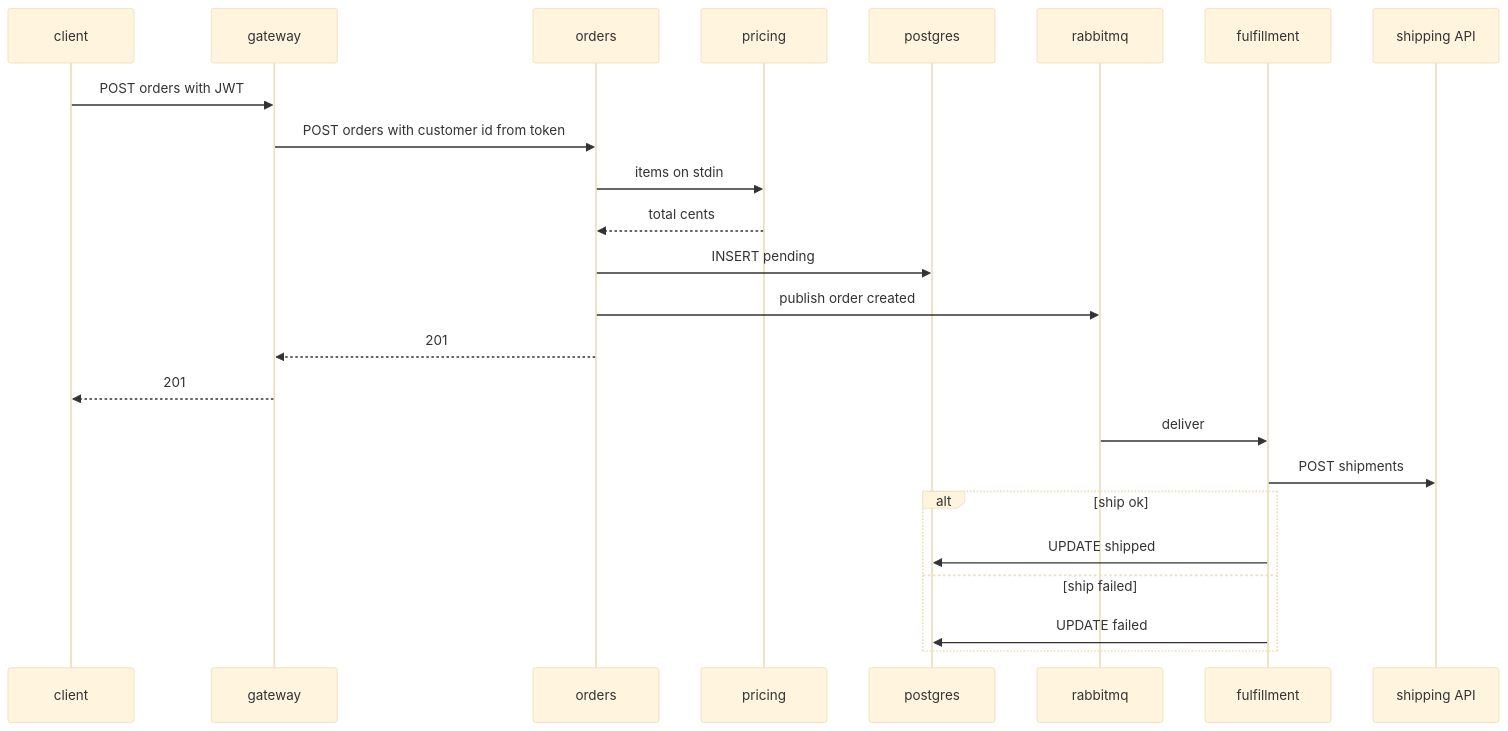
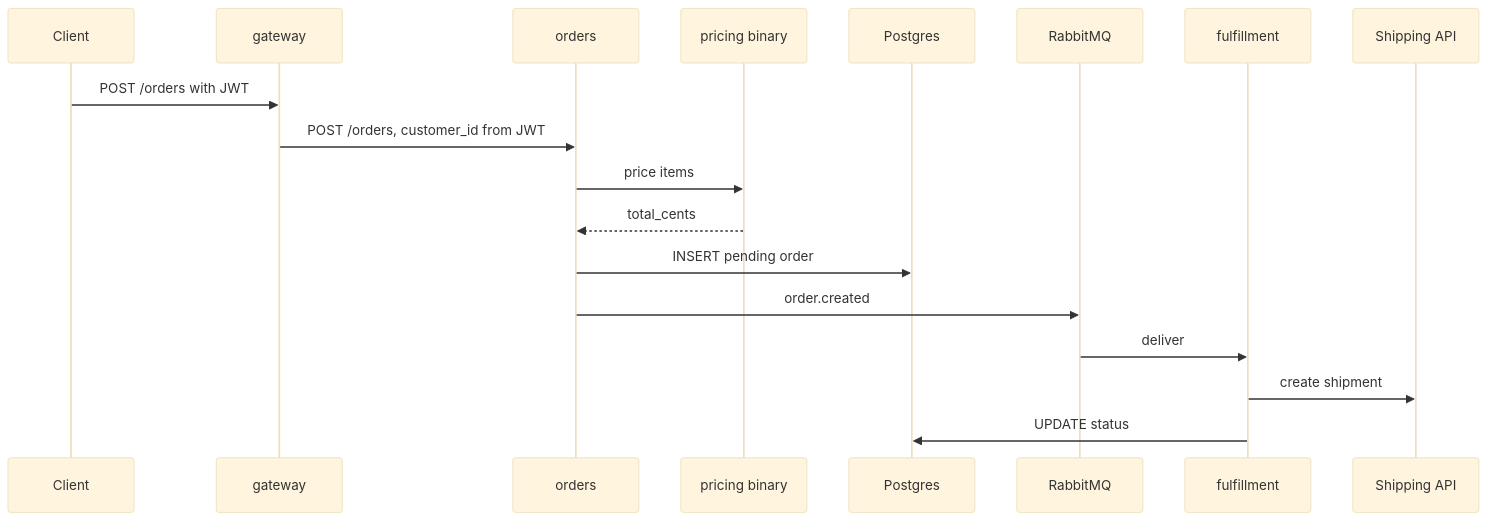
One commit to RndU53r/Code-Knowledge-Builder changed the second of 2 diagrams in examples/sample-output/system/data-flows.md. Above: the diagram before and after it, drawn with Mermaid (base theme). The commit also changed other lines of this file and 134 other files, not shown here.

````diff
--- a/examples/sample-output/system/data-flows.md
+++ b/examples/sample-output/system/data-flows.md
@@ -50,26 +48,20 @@
 ```mermaid
 sequenceDiagram
-  participant C as client
-  participant GW as gateway
-  participant OR as orders
-  participant PR as pricing
-  participant DB as postgres
-  participant MQ as rabbitmq
-  participant FU as fulfillment
-  participant SH as shipping API
-  C->>GW: POST orders with JWT
-  GW->>OR: POST orders with customer id from token
-  OR->>PR: items on stdin
-  PR-->>OR: total cents
-  OR->>DB: INSERT pending
-  OR->>MQ: publish order created
-  OR-->>GW: 201
-  GW-->>C: 201
-  MQ->>FU: deliver
-  FU->>SH: POST shipments
-  alt ship ok
-    FU->>DB: UPDATE shipped
-  else ship failed
-    FU->>DB: UPDATE failed
-  end
+  participant C as Client
+  participant G as gateway
+  participant O as orders
+  participant P as pricing binary
+  participant D as Postgres
+  participant Q as RabbitMQ
+  participant F as fulfillment
+  participant S as Shipping API
+  C->>G: POST /orders with JWT
+  G->>O: POST /orders, customer_id from JWT
+  O->>P: price items
+  P-->>O: total_cents
+  O->>D: INSERT pending order
+  O->>Q: order.created
+  Q->>F: deliver
+  F->>S: create shipment
+  F->>D: UPDATE status
 ```
````
